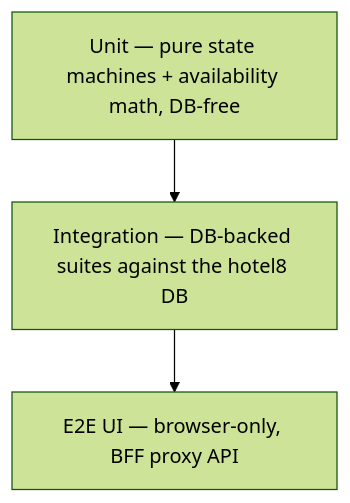
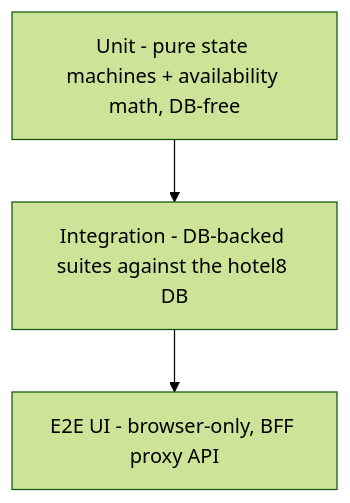
Before and after one commit to Hotel8/hotel8-site: diagram 15 of 15 in docs/products/pms/design.md, drawn with Mermaid (forest theme). The commit also changed other lines of this file and 61 other files, not shown here.

````diff
--- a/docs/products/pms/design.md
+++ b/docs/products/pms/design.md
@@ -459,5 +459,5 @@
 ```mermaid
 graph TD
-    U[Unit — pure state machines + availability math, DB-free] --> I[Integration — DB-backed suites against the hotel8 DB]
-    I --> E2E[E2E UI — browser-only, BFF proxy API]
+    U[Unit - pure state machines + availability math, DB-free] --> I[Integration - DB-backed suites against the hotel8 DB]
+    I --> E2E[E2E UI - browser-only, BFF proxy API]
 ```
````
